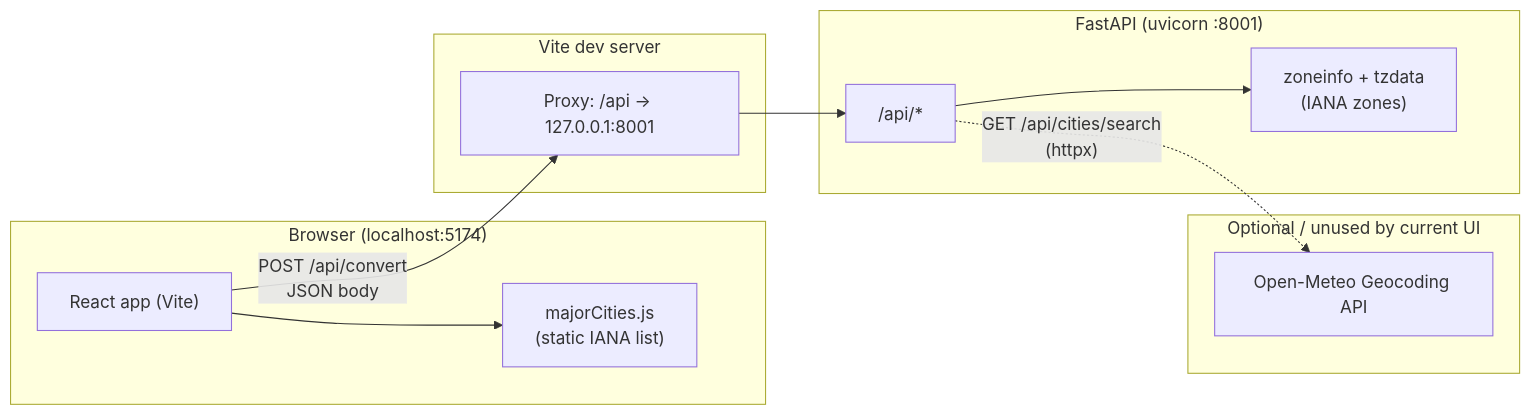
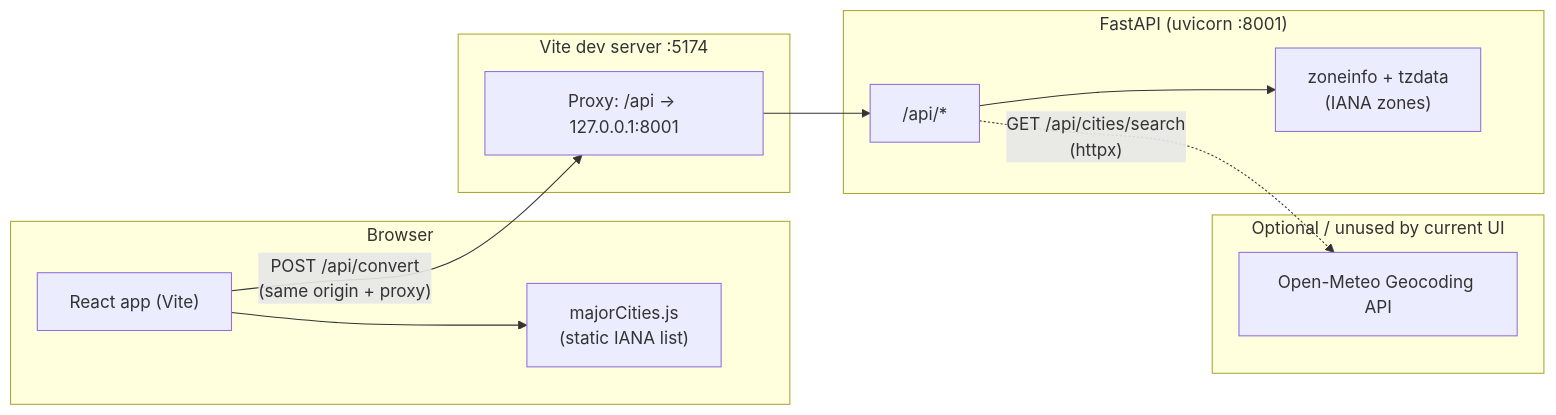
One commit to smanjup/QTR changed the first of 3 diagrams in TimeZoneChecker/docs/architecture.md. Above: the diagram before and after it, drawn with Mermaid. The commit also changed other lines of this file, not shown here.

First line of the commit message:
docs: refresh architecture.md for Vercel, UI, and auto-convert

````diff
--- a/TimeZoneChecker/docs/architecture.md
+++ b/TimeZoneChecker/docs/architecture.md
@@ -7,27 +16,27 @@
 ```mermaid
 flowchart LR
-  subgraph Browser["Browser (localhost:5174)"]
+  subgraph Browser["Browser"]
     UI["React app (Vite)"]
     DATA["majorCities.js\n(static IANA list)"]
     UI --> DATA
   end
 
-  subgraph DevProxy["Vite dev server"]
+  subgraph DevProxy["Vite dev server :5174"]
     P["Proxy: /api → 127.0.0.1:8001"]
   end
 
   subgraph Backend["FastAPI (uvicorn :8001)"]
     API["/api/*"]
     Z["zoneinfo + tzdata\n(IANA zones)"]
     API --> Z
   end
 
-  UI -->|"POST /api/convert\nJSON body"| P
+  UI -->|"POST /api/convert\n(same origin + proxy)"| P
   P --> API
 
   subgraph Optional["Optional / unused by current UI"]
     OM["Open-Meteo Geocoding API"]
   end
 
   API -.->|"GET /api/cities/search\n(httpx)"| OM
 ```
````
